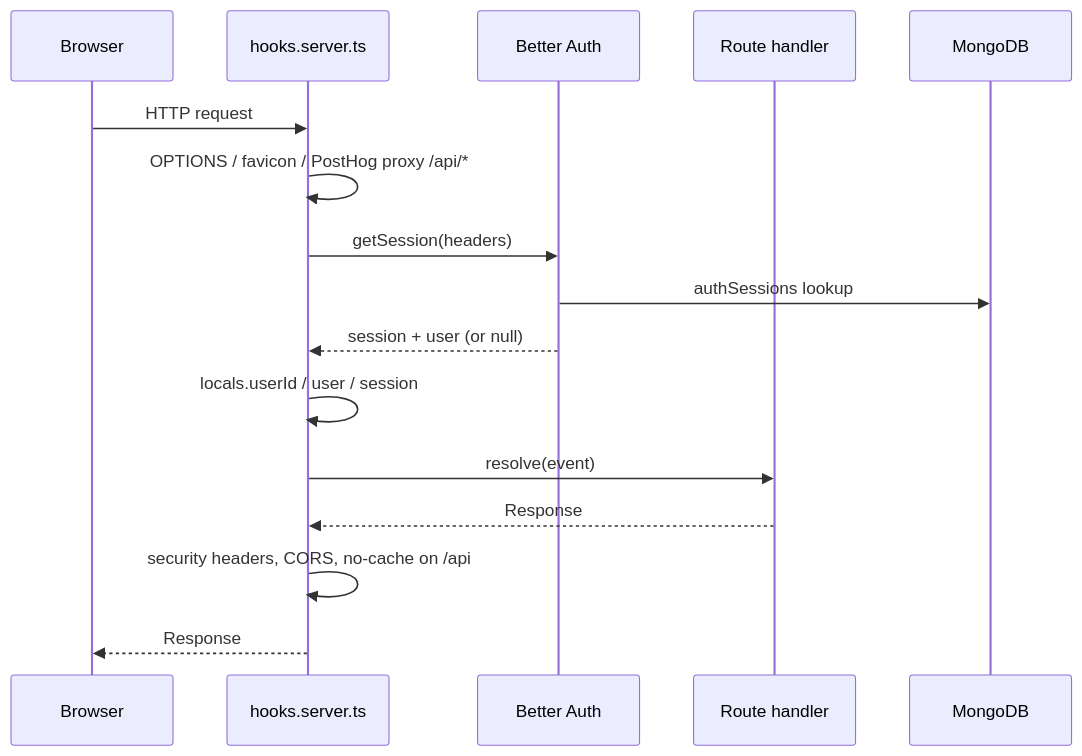
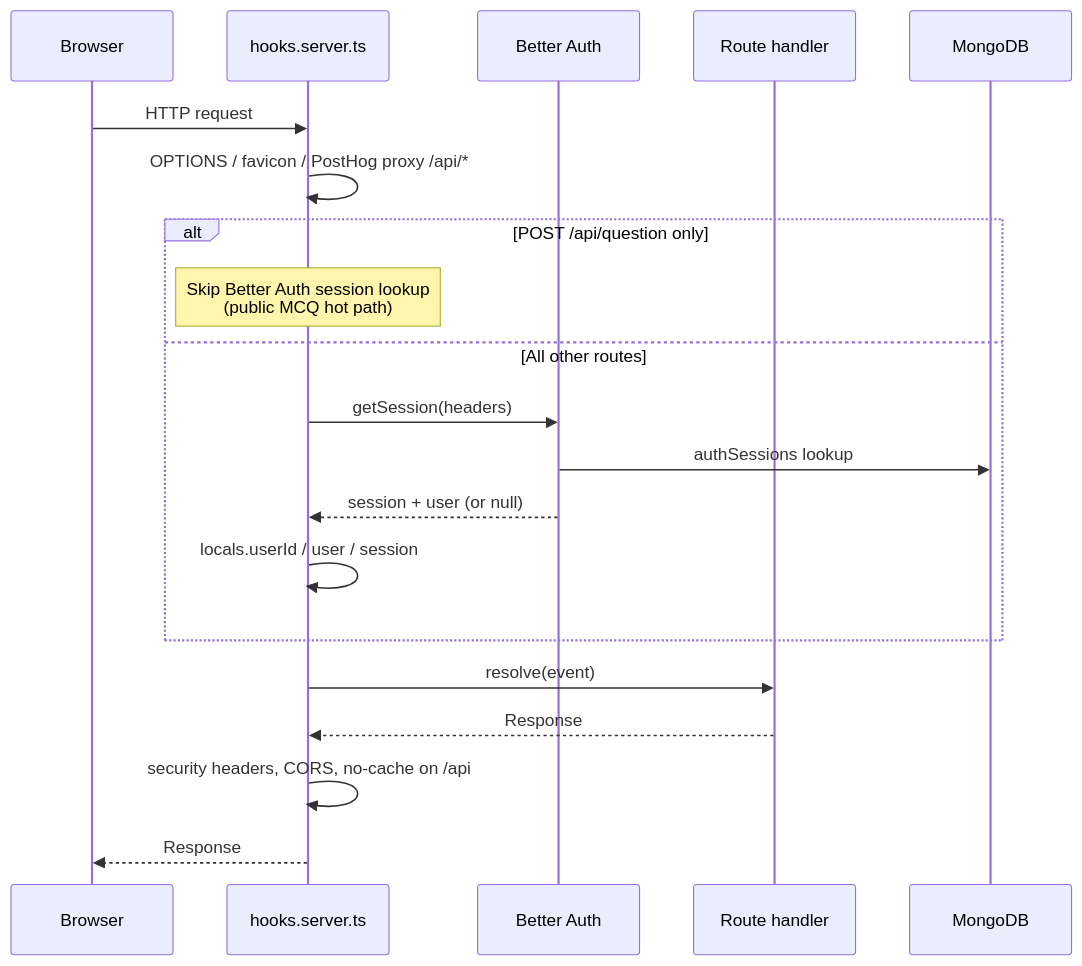
One commit to 5cisummai/freeappractice changed the second of 7 diagrams in docs/architecture.md. Above: the diagram before and after it, drawn with Mermaid. The commit also changed other lines of this file and 72 other files, not shown here.

First line of the commit message:
Replace request-path generation with a durable Mongo question pool.

````diff
--- a/docs/architecture.md
+++ b/docs/architecture.md
@@ -90,19 +90,23 @@
 ```mermaid
 sequenceDiagram
     participant B as Browser
     participant H as hooks.server.ts
     participant BA as Better Auth
     participant R as Route handler
     participant DB as MongoDB
 
     B->>H: HTTP request
     H->>H: OPTIONS / favicon / PostHog proxy /api/*
-    H->>BA: getSession(headers)
-    BA->>DB: authSessions lookup
-    BA-->>H: session + user (or null)
-    H->>H: locals.userId / user / session
+    alt POST /api/question only
+        Note over H: Skip Better Auth session lookup<br/>(public MCQ hot path)
+    else All other routes
+        H->>BA: getSession(headers)
+        BA->>DB: authSessions lookup
+        BA-->>H: session + user (or null)
+        H->>H: locals.userId / user / session
+    end
     H->>R: resolve(event)
     R-->>H: Response
     H->>H: security headers, CORS, no-cache on /api
     H-->>B: Response
 ```
````
